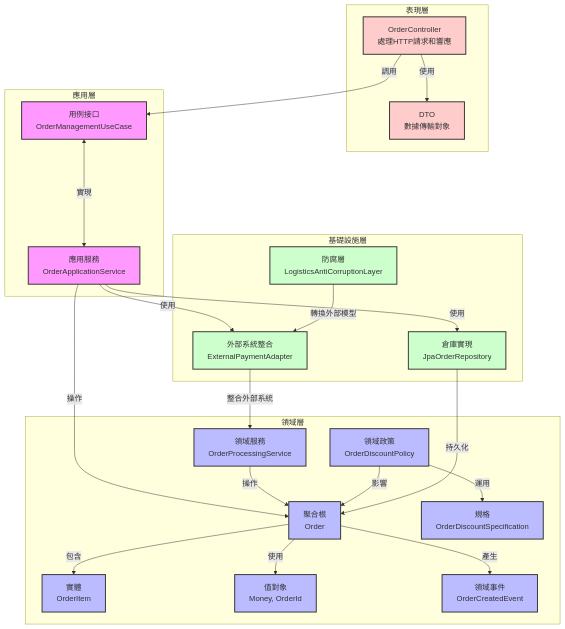
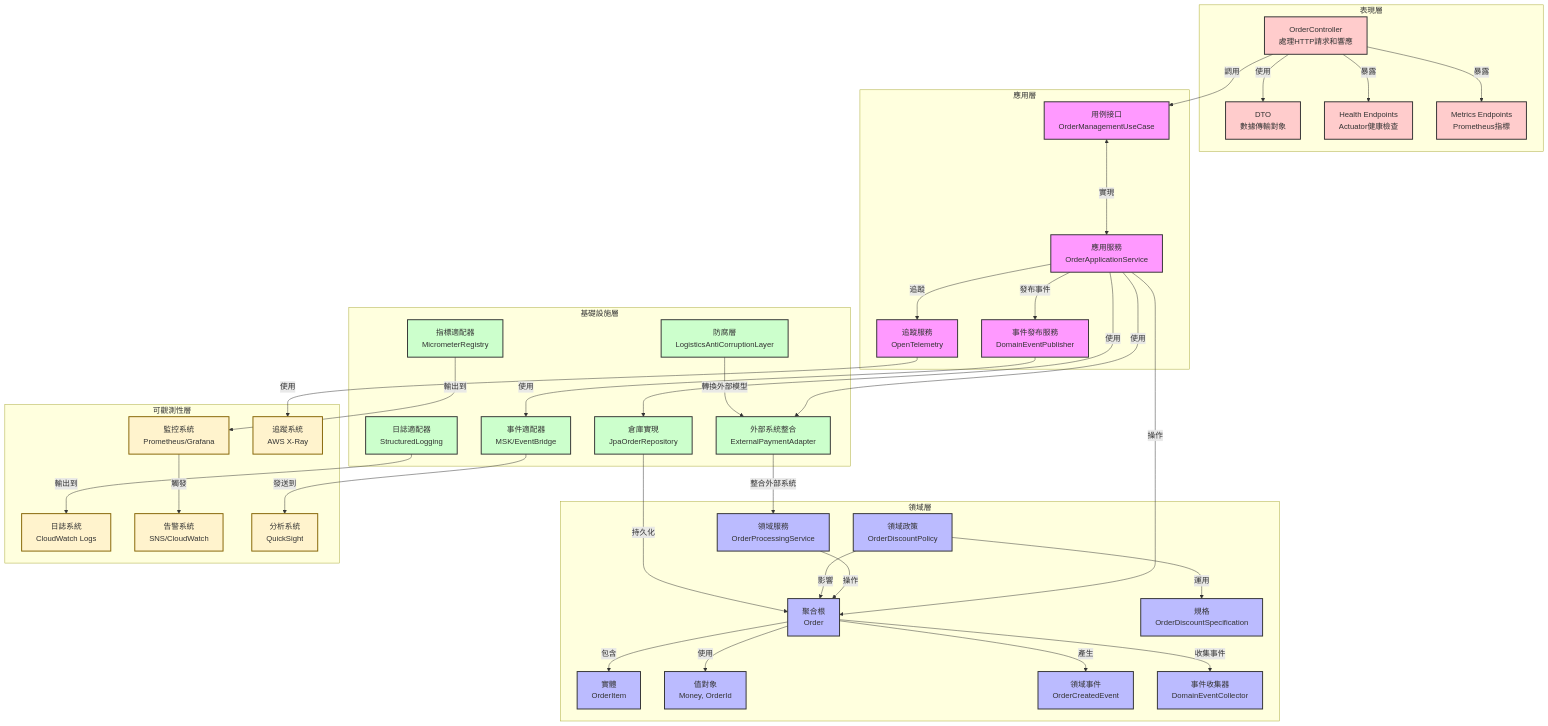
Before and after one commit to humank/genai-demo: the diagram in docs/diagrams/ddd_architecture.mmd, drawn with Mermaid. The commit also changed 40 other files, not shown here.

```diff
--- a/docs/diagrams/ddd_architecture.mmd
+++ b/docs/diagrams/ddd_architecture.mmd
@@ -1,52 +1,81 @@
 graph TB
     subgraph 表現層 ["表現層"]
         CTRL[OrderController<br>處理HTTP請求和響應]
         DTO[DTO<br>數據傳輸對象]
+        HEALTH[Health Endpoints<br>Actuator健康檢查]
+        METRICS[Metrics Endpoints<br>Prometheus指標]
     end
     
     subgraph 應用層 ["應用層"]
         APP_SVC[應用服務<br>OrderApplicationService]
         USE_CASE[用例接口<br>OrderManagementUseCase]
+        EVENT_PUB[事件發布服務<br>DomainEventPublisher]
+        TRACE_SVC[追蹤服務<br>OpenTelemetry]
     end
     
     subgraph 領域層 ["領域層"]
         AGG_ROOT[聚合根<br>Order]
         ENTITY[實體<br>OrderItem]
         VAL_OBJ[值對象<br>Money, OrderId]
         DOMAIN_EVT[領域事件<br>OrderCreatedEvent]
         DOMAIN_SVC[領域服務<br>OrderProcessingService]
         POLICY[領域政策<br>OrderDiscountPolicy]
         SPEC[規格<br>OrderDiscountSpecification]
+        EVENT_COLLECTOR[事件收集器<br>DomainEventCollector]
     end
     
     subgraph 基礎設施層 ["基礎設施層"]
         REPO_IMPL[倉庫實現<br>JpaOrderRepository]
         EXT_ITGR[外部系統整合<br>ExternalPaymentAdapter]
         ACL[防腐層<br>LogisticsAntiCorruptionLayer]
+        LOG_ADAPTER[日誌適配器<br>StructuredLogging]
+        METRICS_ADAPTER[指標適配器<br>MicrometerRegistry]
+        EVENT_ADAPTER[事件適配器<br>MSK/EventBridge]
+    end
+    
+    subgraph 可觀測性層 ["可觀測性層"]
+        LOGGING[日誌系統<br>CloudWatch Logs]
+        MONITORING[監控系統<br>Prometheus/Grafana]
+        TRACING[追蹤系統<br>AWS X-Ray]
+        ALERTING[告警系統<br>SNS/CloudWatch]
+        ANALYTICS[分析系統<br>QuickSight]
     end
     
     CTRL -->|使用| DTO
     CTRL -->|調用| USE_CASE
+    CTRL -->|暴露| HEALTH
+    CTRL -->|暴露| METRICS
     USE_CASE <---->|實現| APP_SVC
     APP_SVC -->|操作| AGG_ROOT
     APP_SVC -->|使用| REPO_IMPL
     APP_SVC -->|使用| EXT_ITGR
+    APP_SVC -->|發布事件| EVENT_PUB
+    APP_SVC -->|追蹤| TRACE_SVC
     AGG_ROOT -->|包含| ENTITY
     AGG_ROOT -->|使用| VAL_OBJ
     AGG_ROOT -->|產生| DOMAIN_EVT
+    AGG_ROOT -->|收集事件| EVENT_COLLECTOR
     DOMAIN_SVC -->|操作| AGG_ROOT
     POLICY -->|運用| SPEC
     POLICY -->|影響| AGG_ROOT
     REPO_IMPL -->|持久化| AGG_ROOT
     EXT_ITGR -->|整合外部系統| DOMAIN_SVC
     ACL -->|轉換外部模型| EXT_ITGR
+    EVENT_PUB -->|使用| EVENT_ADAPTER
+    TRACE_SVC -->|使用| TRACING
+    LOG_ADAPTER -->|輸出到| LOGGING
+    METRICS_ADAPTER -->|輸出到| MONITORING
+    EVENT_ADAPTER -->|發送到| ANALYTICS
+    MONITORING -->|觸發| ALERTING
     
     classDef presentation fill:#ffcccc,stroke:#333,stroke-width:2px
     classDef application fill:#f9f,stroke:#333,stroke-width:2px
     classDef domain fill:#bbf,stroke:#333,stroke-width:2px
     classDef infrastructure fill:#ccffcc,stroke:#333,stroke-width:2px
+    classDef observability fill:#fff3cd,stroke:#856404,stroke-width:2px
     
-    class CTRL,DTO presentation
-    class APP_SVC,USE_CASE application
-    class AGG_ROOT,ENTITY,VAL_OBJ,DOMAIN_EVT,DOMAIN_SVC,POLICY,SPEC domain
-    class REPO_IMPL,EXT_ITGR,ACL infrastructure
+    class CTRL,DTO,HEALTH,METRICS presentation
+    class APP_SVC,USE_CASE,EVENT_PUB,TRACE_SVC application
+    class AGG_ROOT,ENTITY,VAL_OBJ,DOMAIN_EVT,DOMAIN_SVC,POLICY,SPEC,EVENT_COLLECTOR domain
+    class REPO_IMPL,EXT_ITGR,ACL,LOG_ADAPTER,METRICS_ADAPTER,EVENT_ADAPTER infrastructure
+    class LOGGING,MONITORING,TRACING,ALERTING,ANALYTICS observability
```
